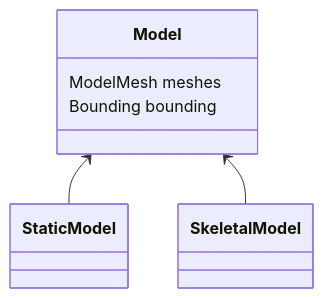
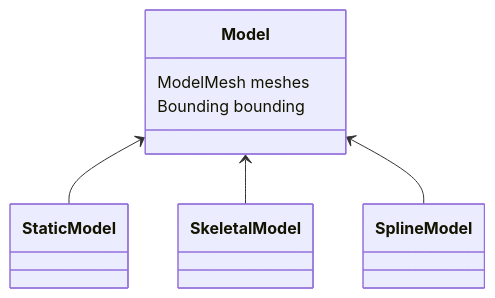
Before and after one commit to Gajumaru314159/OctbitEngine: the diagram in Source/Framework/Model/Misc/Model.md, drawn with Mermaid. The commit also changed 59 other files, not shown here.

````diff
--- a/Source/Framework/Model/Misc/Model.md
+++ b/Source/Framework/Model/Misc/Model.md
@@ -5,8 +5,9 @@
 ```mermaid
 classDiagram
     Model <-- StaticModel
     Model <-- SkeletalModel
+    Model <-- SplineModel
 
     Model : ModelMesh meshes
     Model : Bounding bounding
 ```
````
